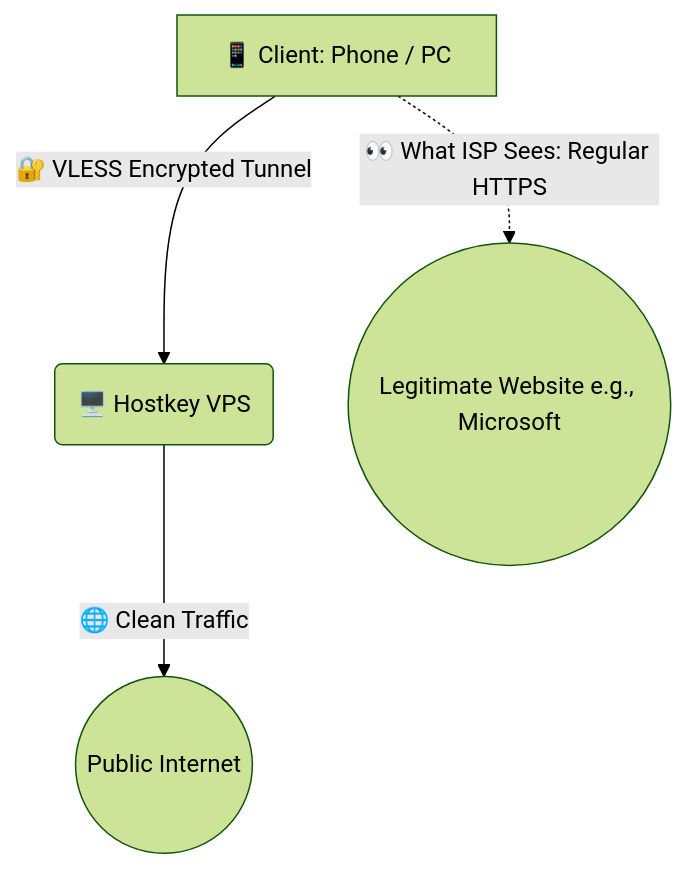
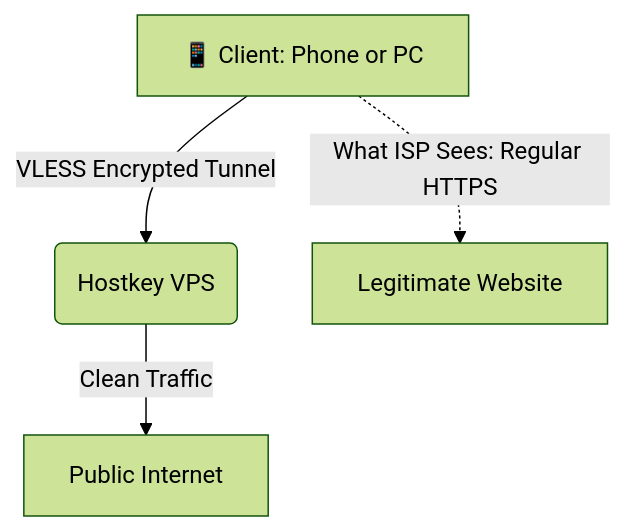
The diagram in README.md (wersennyy/self-hosted-vpn-guide), drawn with Mermaid (forest theme) before and after one commit.

````diff
--- a/README.md
+++ b/README.md
@@ -29,6 +29,6 @@
 ```mermaid
 graph TD
-    A[📱 Client: Phone / PC] -->|🔐 VLESS Encrypted Tunnel| B(🖥️ Hostkey VPS)
-    B -->|🌐 Clean Traffic| C((Public Internet))
-    A -.->|👀 What ISP Sees: Regular HTTPS| D((Legitimate Website e.g., Microsoft))
+    A[📱 Client: Phone or PC] -->|VLESS Encrypted Tunnel| B(Hostkey VPS)
+    B -->|Clean Traffic| C[Public Internet]
+    A -.->|What ISP Sees: Regular HTTPS| D[Legitimate Website]
 ```
````
